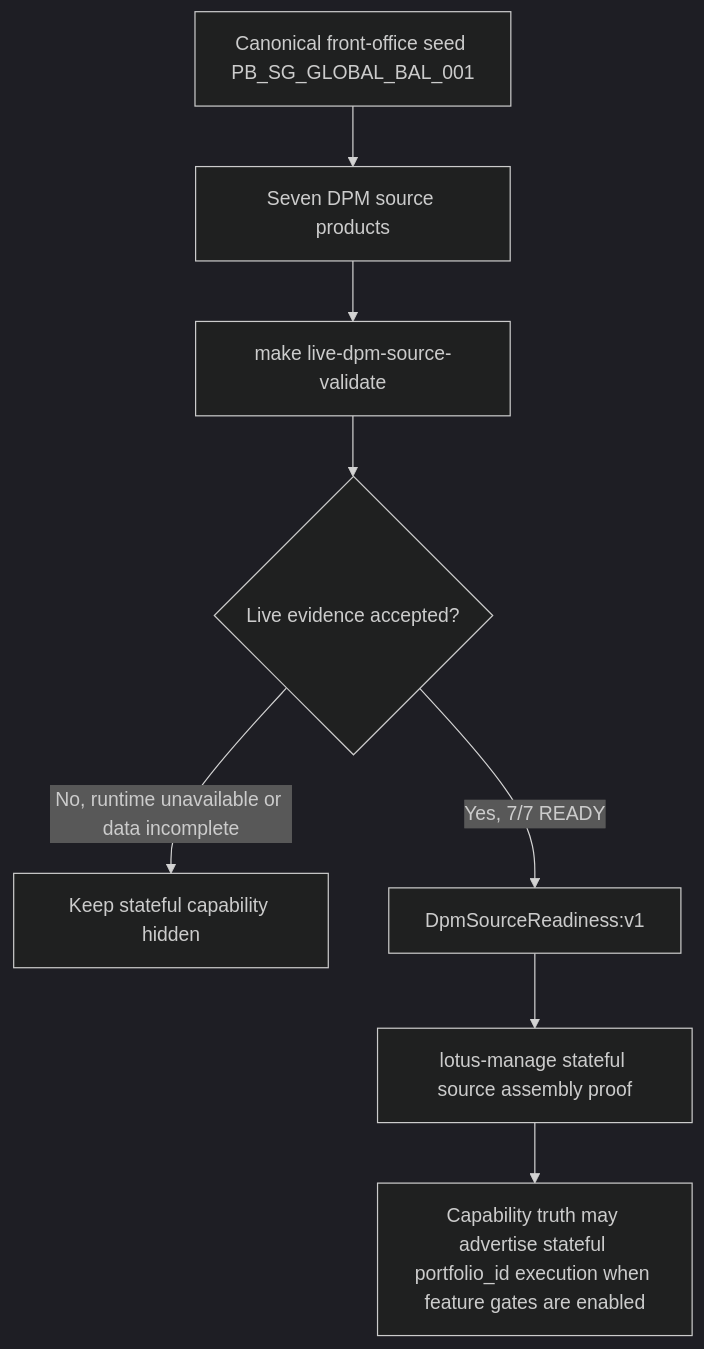
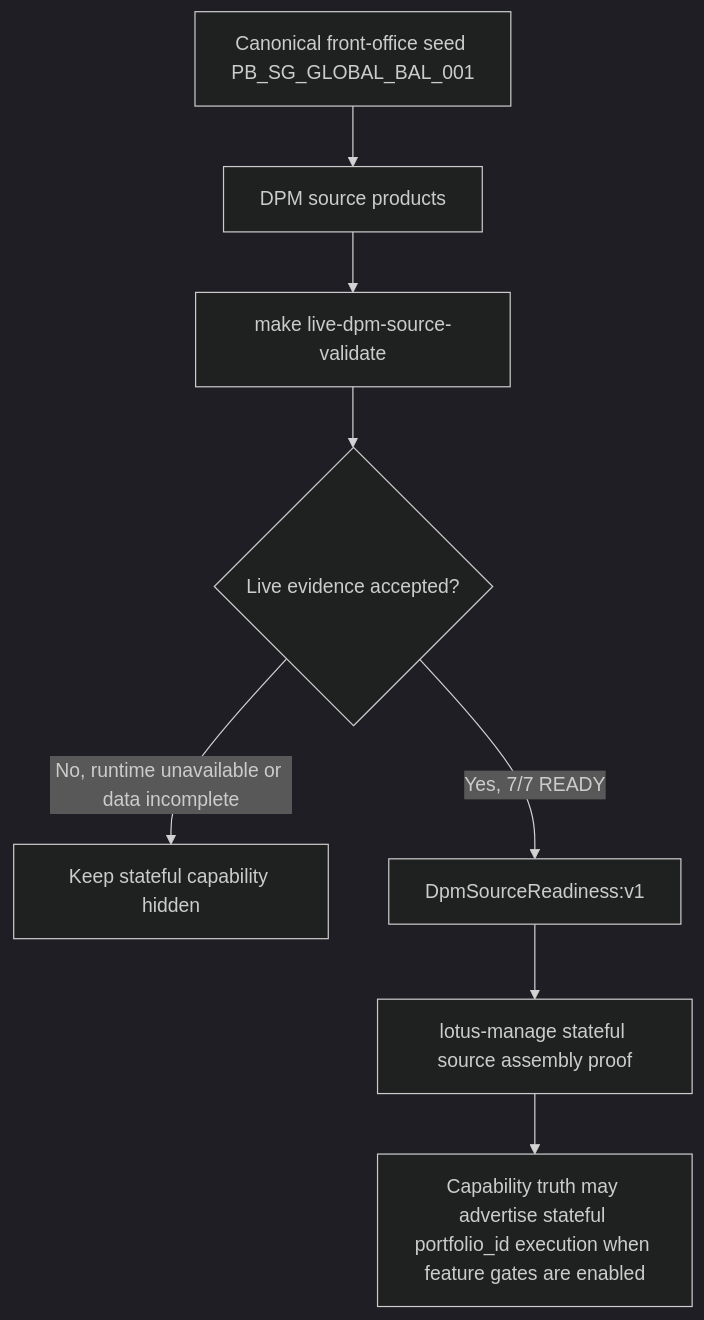
The third of 3 diagrams in wiki/Mesh-Data-Products.md (sgajbi/lotus-core), drawn with Mermaid (dark theme) before and after one commit. The commit also changed other lines of this file and 28 other files, not shown here.

First line of the commit message:
feat: add client tax source products (#361)

````diff
--- a/wiki/Mesh-Data-Products.md
+++ b/wiki/Mesh-Data-Products.md
@@ -232,10 +243,10 @@
 ```mermaid
 flowchart TD
-    Seed[Canonical front-office seed PB_SG_GLOBAL_BAL_001] --> CoreProducts[Seven DPM source products]
+    Seed[Canonical front-office seed PB_SG_GLOBAL_BAL_001] --> CoreProducts[DPM source products]
     CoreProducts --> LiveValidator[make live-dpm-source-validate]
     LiveValidator --> Evidence{Live evidence accepted?}
     Evidence -->|No, runtime unavailable or data incomplete| Blocked[Keep stateful capability hidden]
     Evidence -->|Yes, 7/7 READY| Readiness[DpmSourceReadiness:v1]
     Readiness --> ManageProof[lotus-manage stateful source assembly proof]
     ManageProof --> Promote[Capability truth may advertise stateful portfolio_id execution when feature gates are enabled]
 ```
````
